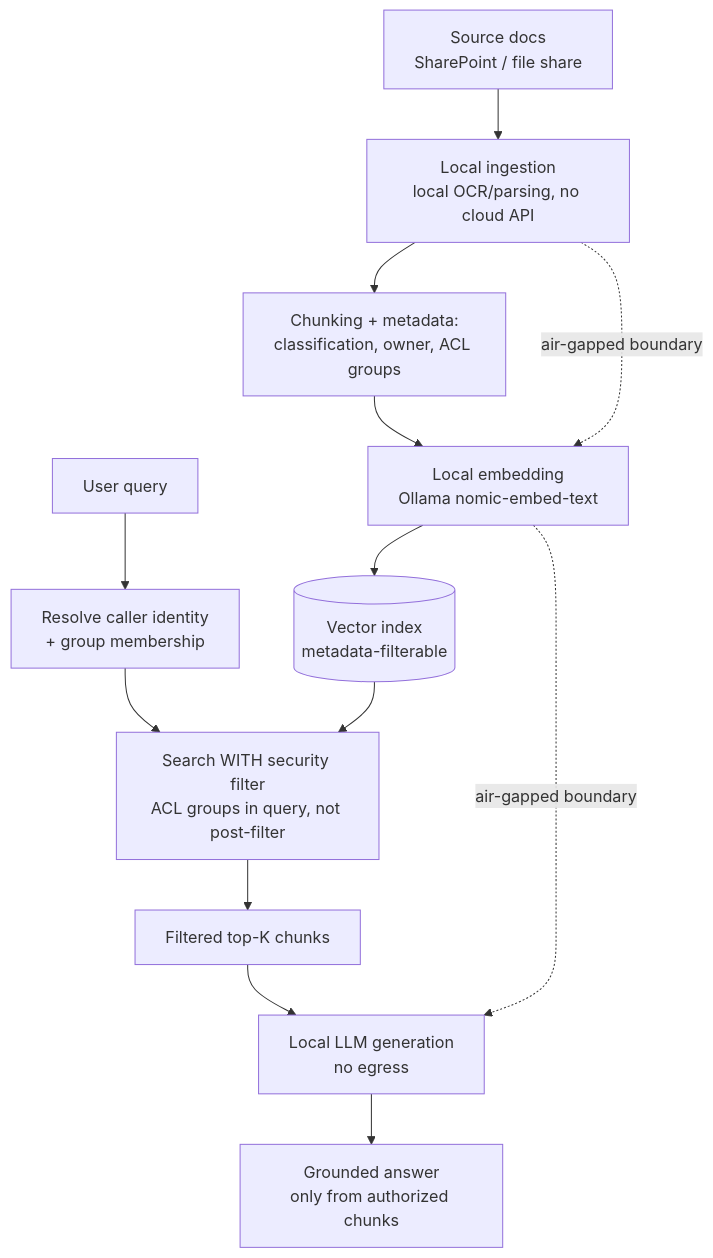
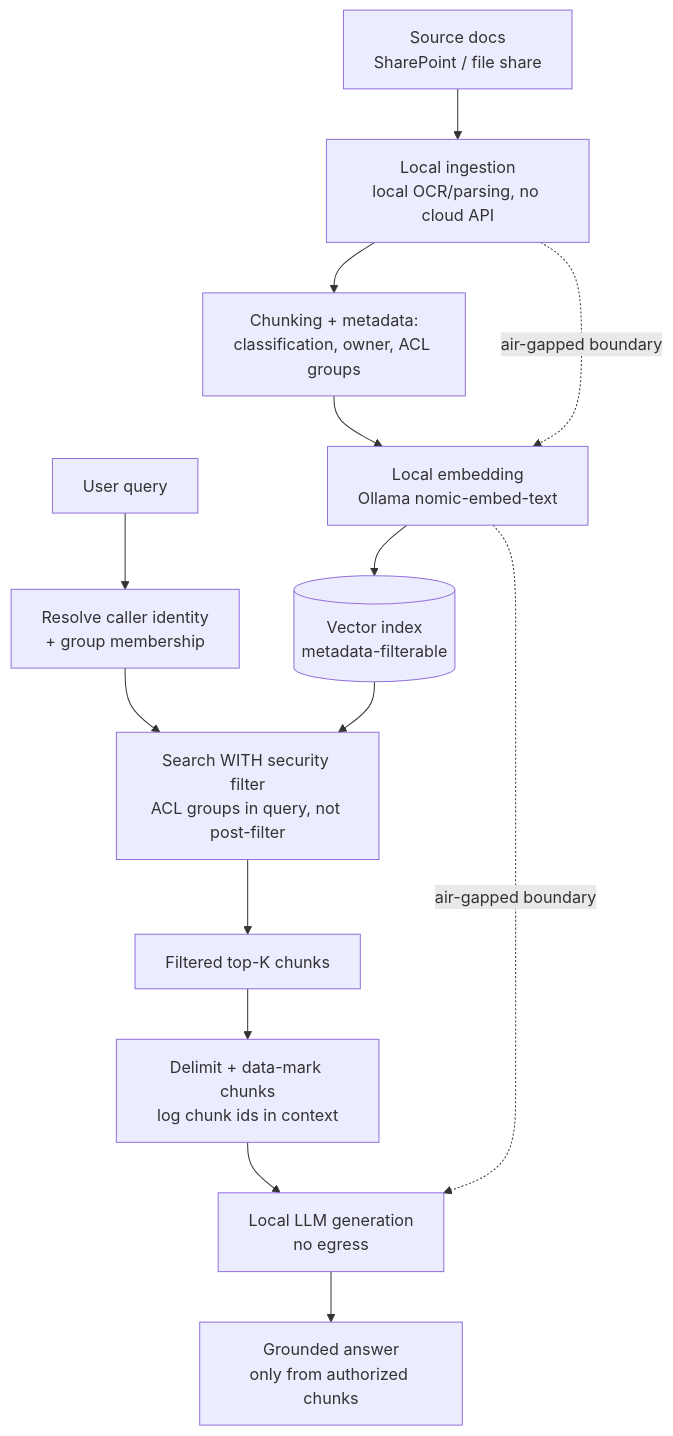
One commit to mohamedmahersaid/Enterprise-AI-and-Intelligent-Systems changed the diagram in docs/ai-tree-applied-systems/ai-branch-rag-knowledge/ai-private-enterprise-rag.md. Above: the diagram before and after it, drawn with Mermaid. The commit also changed other lines of this file and 8 other files, not shown here.

````diff
--- a/docs/ai-tree-applied-systems/ai-branch-rag-knowledge/ai-private-enterprise-rag.md
+++ b/docs/ai-tree-applied-systems/ai-branch-rag-knowledge/ai-private-enterprise-rag.md
@@ -31,15 +33,16 @@
 ```mermaid
 flowchart TD
     A[Source docs\nSharePoint / file share] --> B[Local ingestion\nlocal OCR/parsing, no cloud API]
     B --> C[Chunking + metadata:\nclassification, owner, ACL groups]
     C --> D[Local embedding\nOllama nomic-embed-text]
     D --> E[(Vector index\nmetadata-filterable)]
     F[User query] --> G[Resolve caller identity\n+ group membership]
     G --> H[Search WITH security filter\nACL groups in query, not post-filter]
     E --> H
     H --> I[Filtered top-K chunks]
-    I --> J[Local LLM generation\nno egress]
+    I --> S[Delimit + data-mark chunks\nlog chunk ids in context]
+    S --> J[Local LLM generation\nno egress]
     J --> K[Grounded answer\nonly from authorized chunks]
     B -.air-gapped boundary.-> D
     D -.air-gapped boundary.-> J
 ```
````
